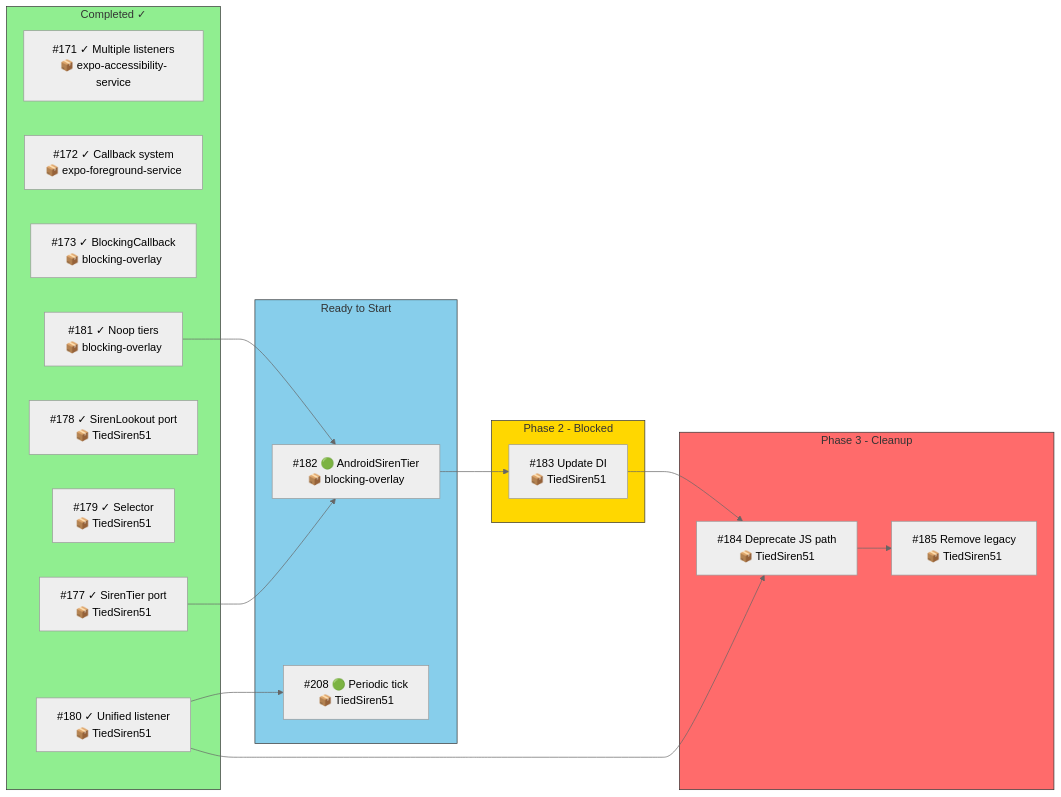
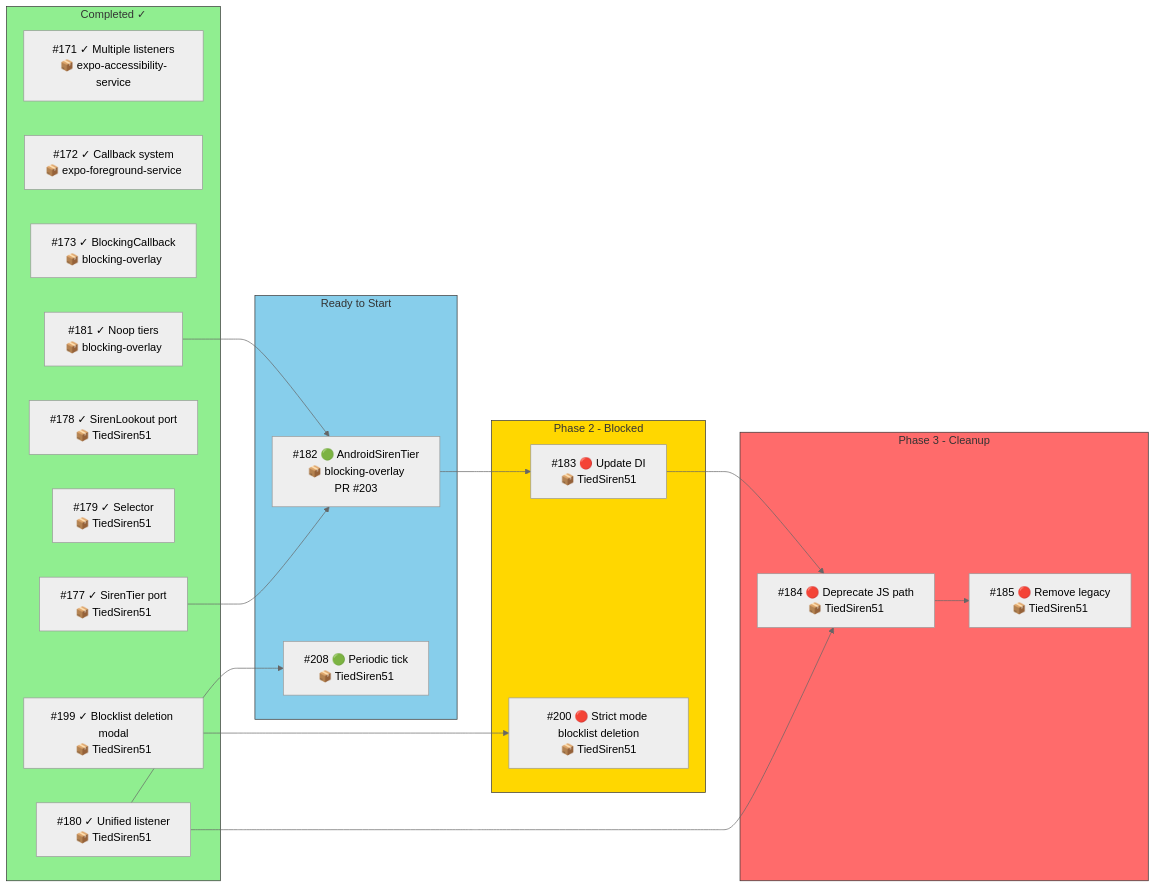
One commit to amehmeto/TiedSiren51 changed the fourth of 7 diagrams in docs/dependency-graph.md. Above: the diagram before and after it, drawn with Mermaid (neutral theme). The commit also changed other lines of this file and 10 other files, not shown here.

````diff
--- a/docs/dependency-graph.md
+++ b/docs/dependency-graph.md
@@ -120,40 +144,43 @@
 ```mermaid
 flowchart LR
     subgraph DONE["Completed ✓"]
         I171["#171 ✓ Multiple listeners<br/>📦 expo-accessibility-service"]
         I172["#172 ✓ Callback system<br/>📦 expo-foreground-service"]
         I173["#173 ✓ BlockingCallback<br/>📦 blocking-overlay"]
         I177["#177 ✓ SirenTier port<br/>📦 TiedSiren51"]
         I178["#178 ✓ SirenLookout port<br/>📦 TiedSiren51"]
         I179["#179 ✓ Selector<br/>📦 TiedSiren51"]
         I180["#180 ✓ Unified listener<br/>📦 TiedSiren51"]
         I181["#181 ✓ Noop tiers<br/>📦 blocking-overlay"]
+        I199["#199 ✓ Blocklist deletion modal<br/>📦 TiedSiren51"]
     end
 
     subgraph READY["Ready to Start"]
-        I182["#182 🟢 AndroidSirenTier<br/>📦 blocking-overlay"]
+        I182["#182 🟢 AndroidSirenTier<br/>📦 blocking-overlay<br/>PR #203"]
         I208["#208 🟢 Periodic tick<br/>📦 TiedSiren51"]
     end
 
     subgraph PHASE2["Phase 2 - Blocked"]
-        I183["#183 Update DI<br/>📦 TiedSiren51"]
+        I183["#183 🔴 Update DI<br/>📦 TiedSiren51"]
+        I200["#200 🔴 Strict mode blocklist deletion<br/>📦 TiedSiren51"]
     end
 
     subgraph PHASE3["Phase 3 - Cleanup"]
-        I184["#184 Deprecate JS path<br/>📦 TiedSiren51"]
-        I185["#185 Remove legacy<br/>📦 TiedSiren51"]
+        I184["#184 🔴 Deprecate JS path<br/>📦 TiedSiren51"]
+        I185["#185 🔴 Remove legacy<br/>📦 TiedSiren51"]
     end
 
     I177 --> I182
     I181 --> I182
     I180 --> I208
     I182 --> I183
+    I199 --> I200
     I180 --> I184
     I183 --> I184
     I184 --> I185
 
     style DONE fill:#90EE90,stroke:#333
     style READY fill:#87CEEB,stroke:#333
     style PHASE2 fill:#FFD700,stroke:#333
     style PHASE3 fill:#FF6B6B,stroke:#333
 ```
````
